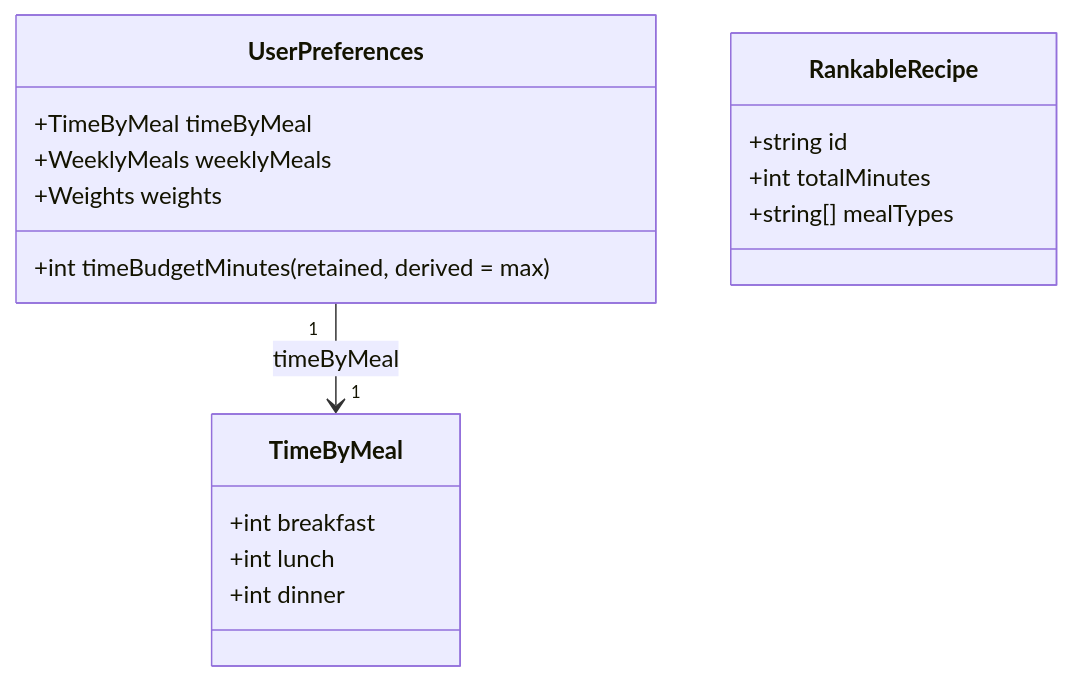
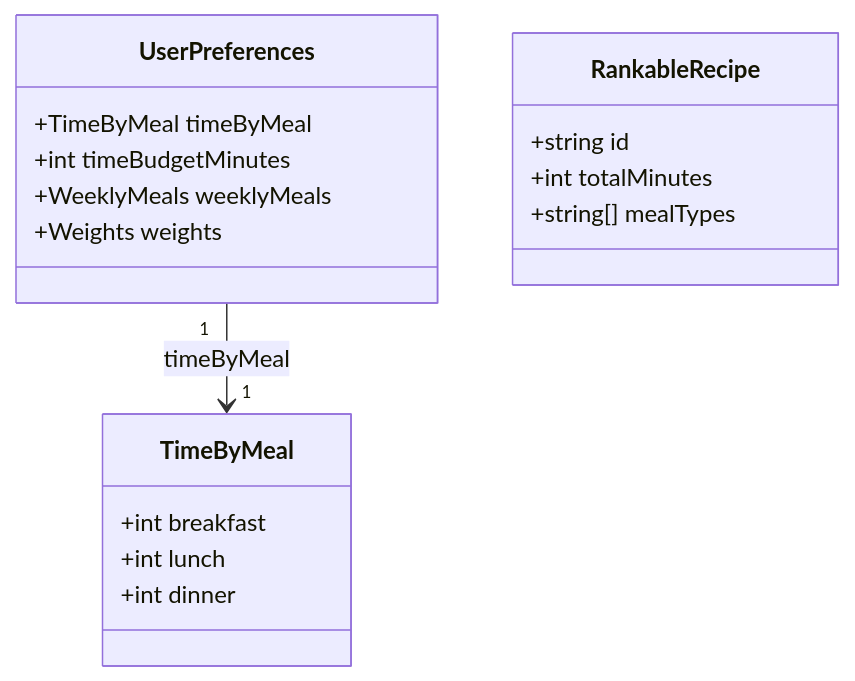
The third of 5 diagrams in docs/ranking/per-meal-time-ranking.md (jordangaston/harvest), drawn with Mermaid before and after one commit. The commit also changed other lines of this file, not shown here.

Commit message:
docs(ranking): render mermaid on GitHub (backtick fences + classDiagram fixes)

````diff
--- a/docs/ranking/per-meal-time-ranking.md
+++ b/docs/ranking/per-meal-time-ranking.md
@@ -93,20 +93,20 @@
-~~~mermaid
+```mermaid
 classDiagram
     class UserPreferences {
         +TimeByMeal timeByMeal
-        +int timeBudgetMinutes  (retained, derived = max)
+        +int timeBudgetMinutes
         +WeeklyMeals weeklyMeals
         +Weights weights
     }
     class TimeByMeal {
         +int breakfast
         +int lunch
         +int dinner
     }
     class RankableRecipe {
         +string id
         +int totalMinutes
         +string[] mealTypes
     }
     UserPreferences "1" --> "1" TimeByMeal : timeByMeal
-~~~
+```
````
